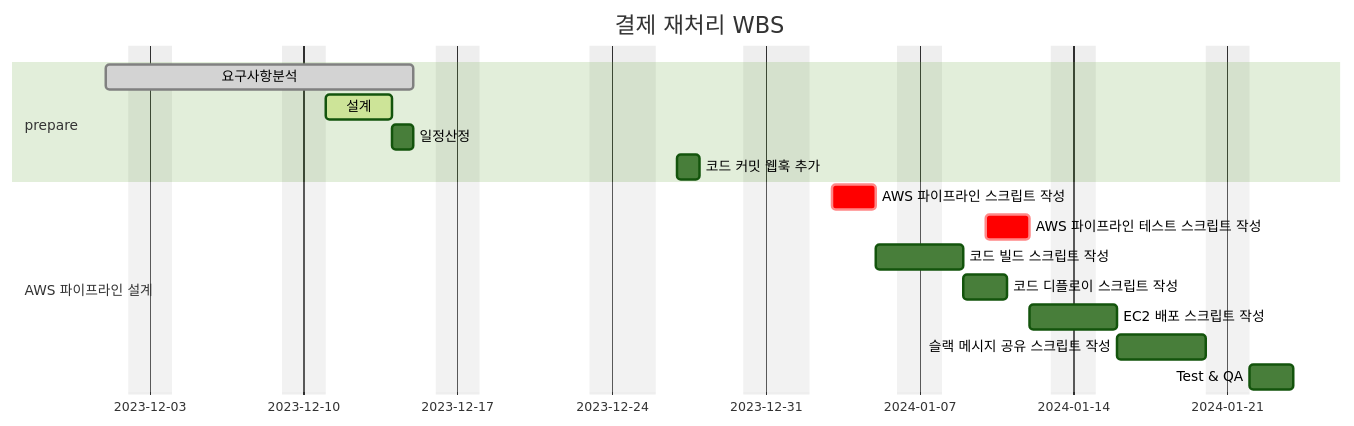
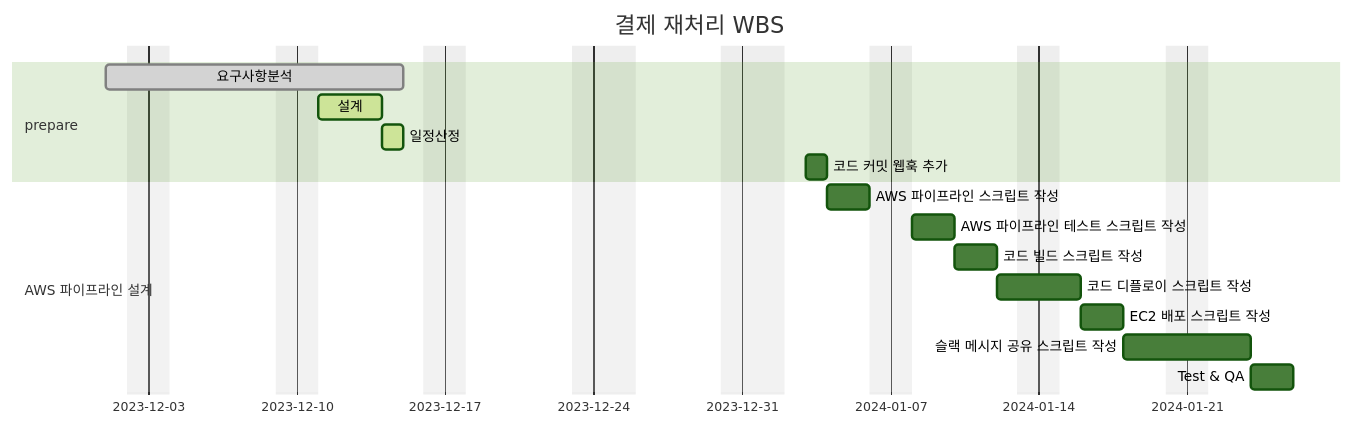
Before and after one commit to next-step/career-wbs: the third of 3 diagrams in WBS-Deploy.md, drawn with Mermaid (forest theme). The commit also changed 1 other file, not shown here.

Commit message:
docs: wbs 작성
- TaskList 작성, WBS 작성

````diff
--- a/WBS-Deploy.md
+++ b/WBS-Deploy.md
@@ -104,24 +104,24 @@
 ```mermaid
 gantt
     dateFormat  YYYY-MM-DD
     title       결제 재처리 WBS
     excludes    weekends, 2023-12-25, 2024-01-01
     %% (`excludes` accepts specific dates in YYYY-MM-DD format, days of the week ("sunday") or "weekends", but not the word "weekdays".)
 
     section prepare
-    요구사항분석                    :done,    des1, 2023-12-01, 10d
-    설계                            :active,  des2, 2023-12-11, 3d
-    일정산정                        :         des3, after des2, 1d
-    코드 커밋 웹훅 추가              :       des4, 2023-12-27, 1d
+    요구사항분석                                     :done,    des1, 2023-12-01, 10d
+    설계                                           :active,  des2, 2023-12-11, 3d
+    일정산정                                        :active, des3, after des2, 1d
+    코드 커밋 웹훅 추가                              :des4, 2024-01-03, 1d
 
     section AWS 파이프라인 설계
-    AWS 파이프라인 스크립트 작성          :crit, b1, 2024-01-03,2d
-    AWS 파이프라인 테스트 스크립트 작성    :crit, b2, 2024-01-10, 2d
-    코드 빌드 스크립트 작성    :c1, after b1, 2d
-    코드 디플로이 스크립트 작성                      :c2, after c1, 2d
-    EC2 배포 스크립트 작성                  :c3, after b2  , 2d
-    슬랙 메시지 공유 스크립트 작성    :c4, after c3  , 4d
+    AWS 파이프라인 스크립트 작성                      :b1, after des4, 2d
+    AWS 파이프라인 테스트 스크립트 작성                :b2, after b1, 2d
+    코드 빌드 스크립트 작성                          :c1, after b2, 2d
+    코드 디플로이 스크립트 작성                       :c2, after c1, 2d
+    EC2 배포 스크립트 작성                          :c3, after c2  , 2d
+    슬랙 메시지 공유 스크립트 작성                    :c4, after c3  , 4d
 
     Test & QA                           :after c4, 2d
 
 ```
````
